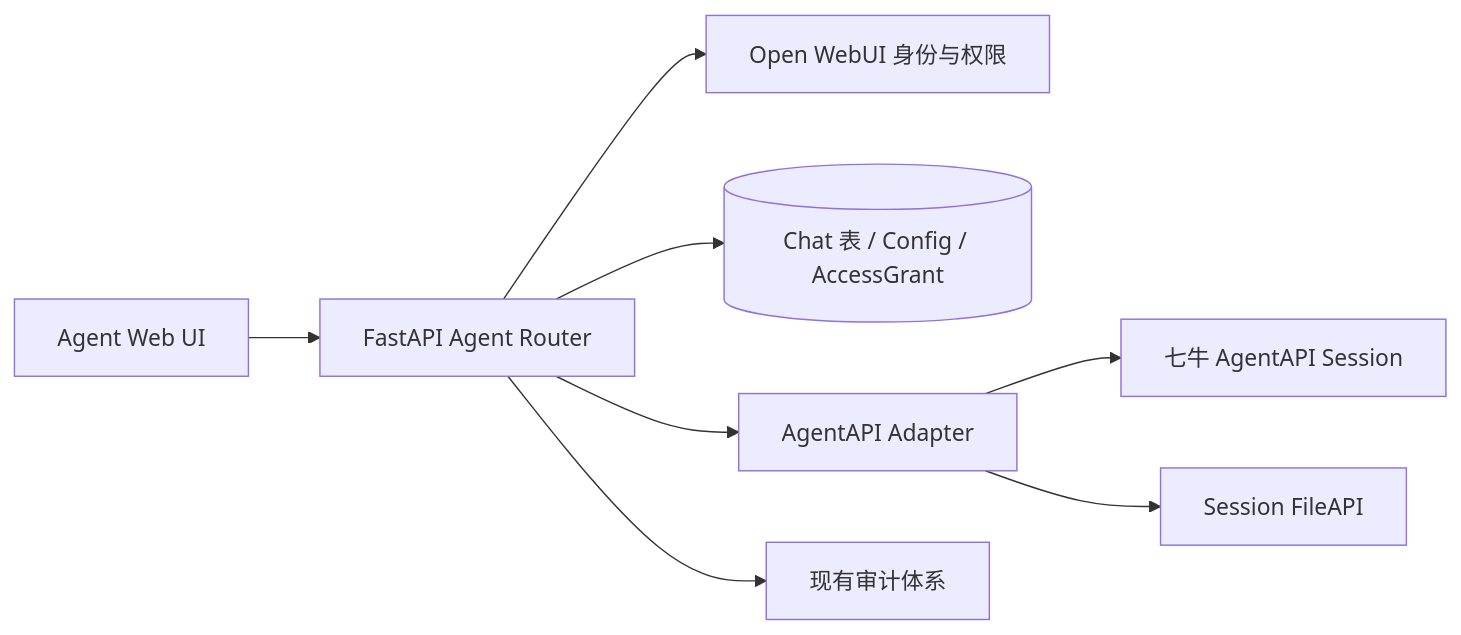
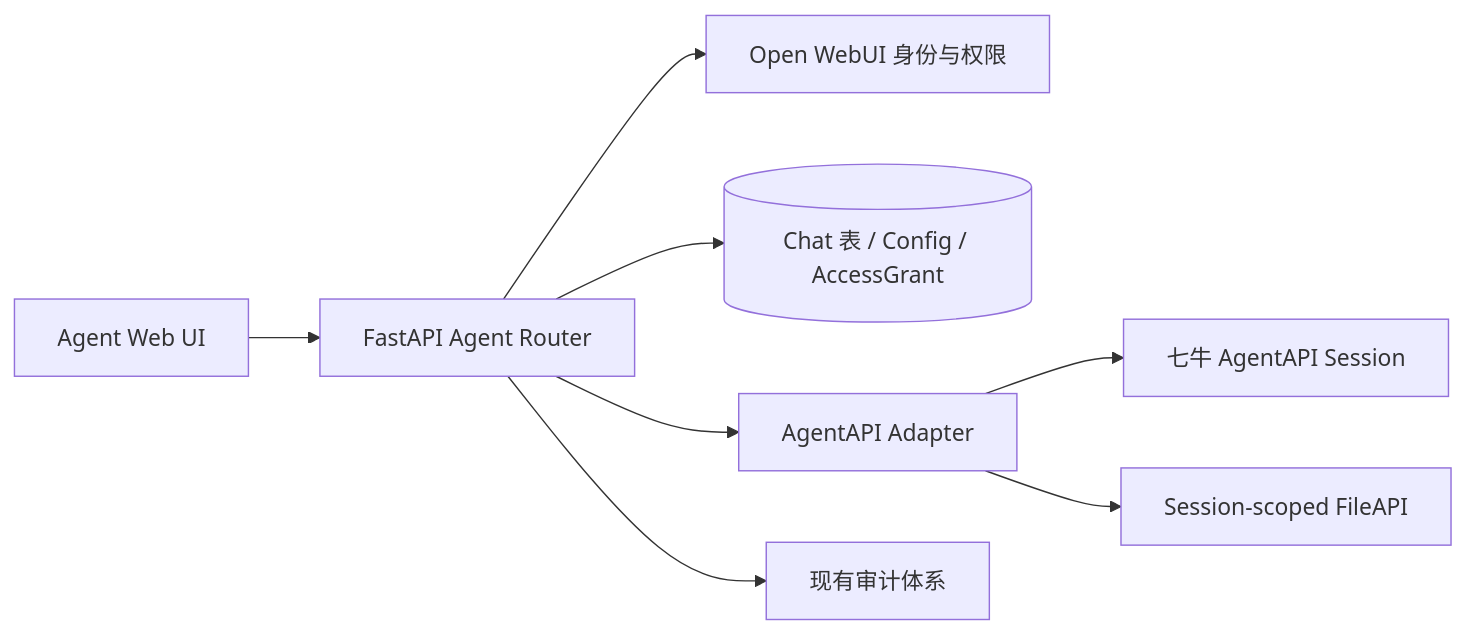
Before and after one commit to luoliwoshang/open-webui: the diagram in docs/AGENT_MODE_TECHNICAL_DESIGN.md, drawn with Mermaid. The commit also changed other lines of this file, not shown here.

Commit message:
docs: record verified AgentAPI pagination and file APIs

````diff
--- a/docs/AGENT_MODE_TECHNICAL_DESIGN.md
+++ b/docs/AGENT_MODE_TECHNICAL_DESIGN.md
@@ -45,10 +47,10 @@
 ```mermaid
 flowchart LR
     UI[Agent Web UI] --> API[FastAPI Agent Router]
     API --> AUTH[Open WebUI 身份与权限]
     API --> DB[(Chat 表 / Config / AccessGrant)]
     API --> AD[AgentAPI Adapter]
     AD --> S[七牛 AgentAPI Session]
-    AD --> F[Session FileAPI]
+    AD --> F[Session-scoped FileAPI]
     API --> AUDIT[现有审计体系]
 ```
````
